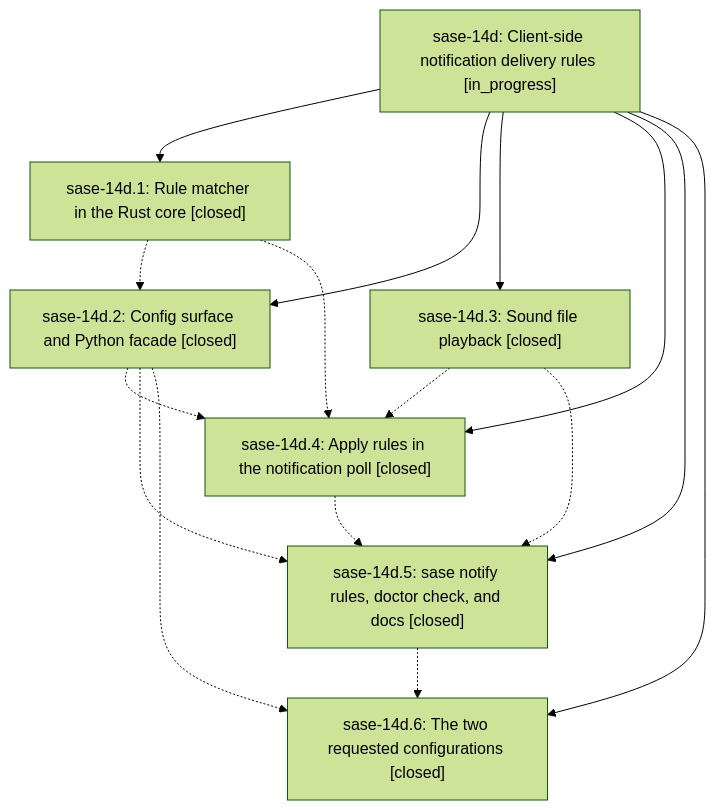
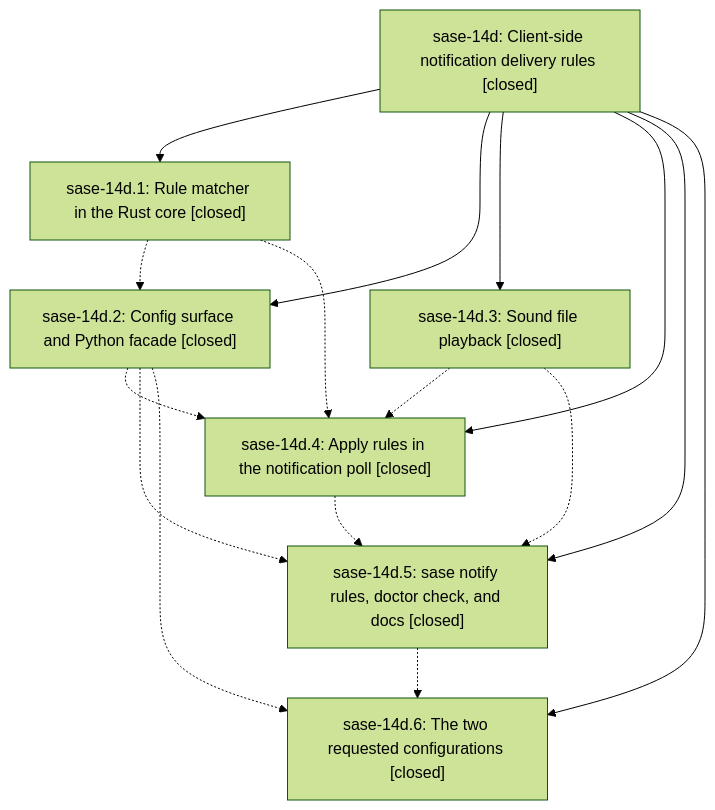
Before and after one commit to sase-org/sase--beads: the diagram in pages/sase-14d/README.md, drawn with Mermaid (forest theme). The commit also changed other lines of this file, not shown here.

First line of the commit message:
chore(beads): sync bead state and pages for sase-14d

````diff
--- a/pages/sase-14d/README.md
+++ b/pages/sase-14d/README.md
@@ -39,25 +112,25 @@
 ```mermaid
 flowchart TD
-    n0["sase-14d: Client-side notification delivery rules [in_progress]"]
+    n0["sase-14d: Client-side notification delivery rules [closed]"]
     n1["sase-14d.1: Rule matcher in the Rust core [closed]"]
     n2["sase-14d.2: Config surface and Python facade [closed]"]
     n3["sase-14d.3: Sound file playback [closed]"]
     n4["sase-14d.4: Apply rules in the notification poll [closed]"]
     n5["sase-14d.5: sase notify rules, doctor check, and docs [closed]"]
     n6["sase-14d.6: The two requested configurations [closed]"]
     n0 --> n1
     n0 --> n2
     n0 --> n3
     n0 --> n4
     n0 --> n5
     n0 --> n6
     n1 -.-> n2
     n1 -.-> n4
     n2 -.-> n4
     n2 -.-> n5
     n2 -.-> n6
     n3 -.-> n4
     n3 -.-> n5
     n4 -.-> n5
     n5 -.-> n6
 ```
````
